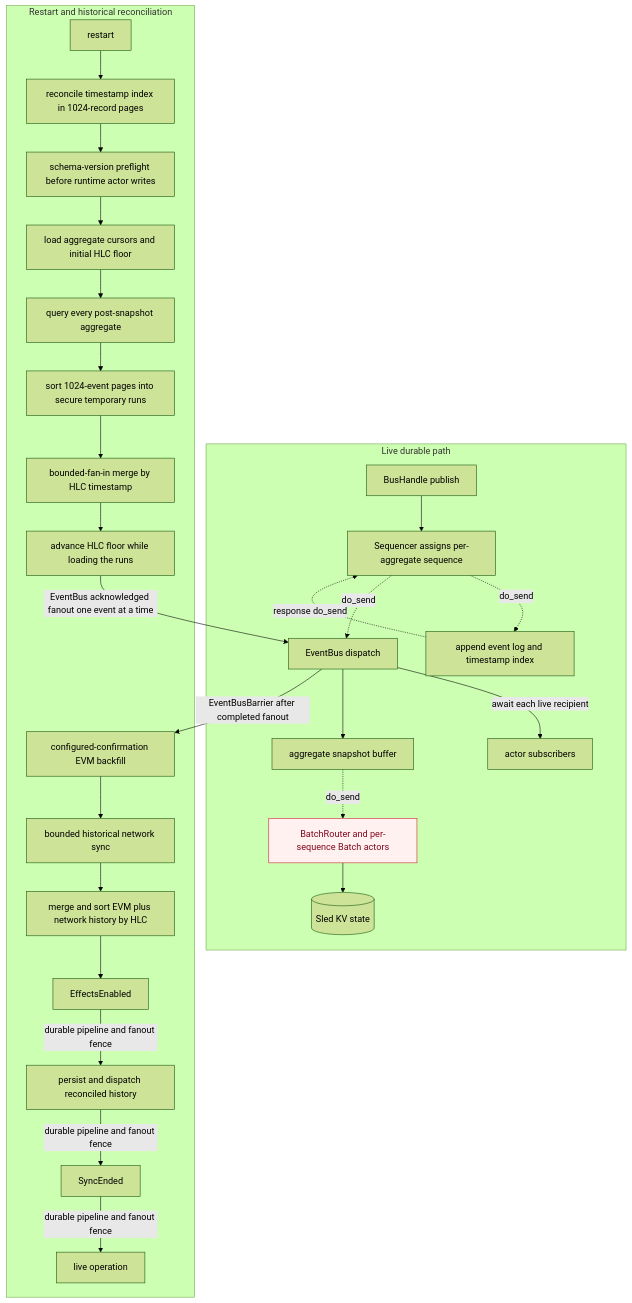
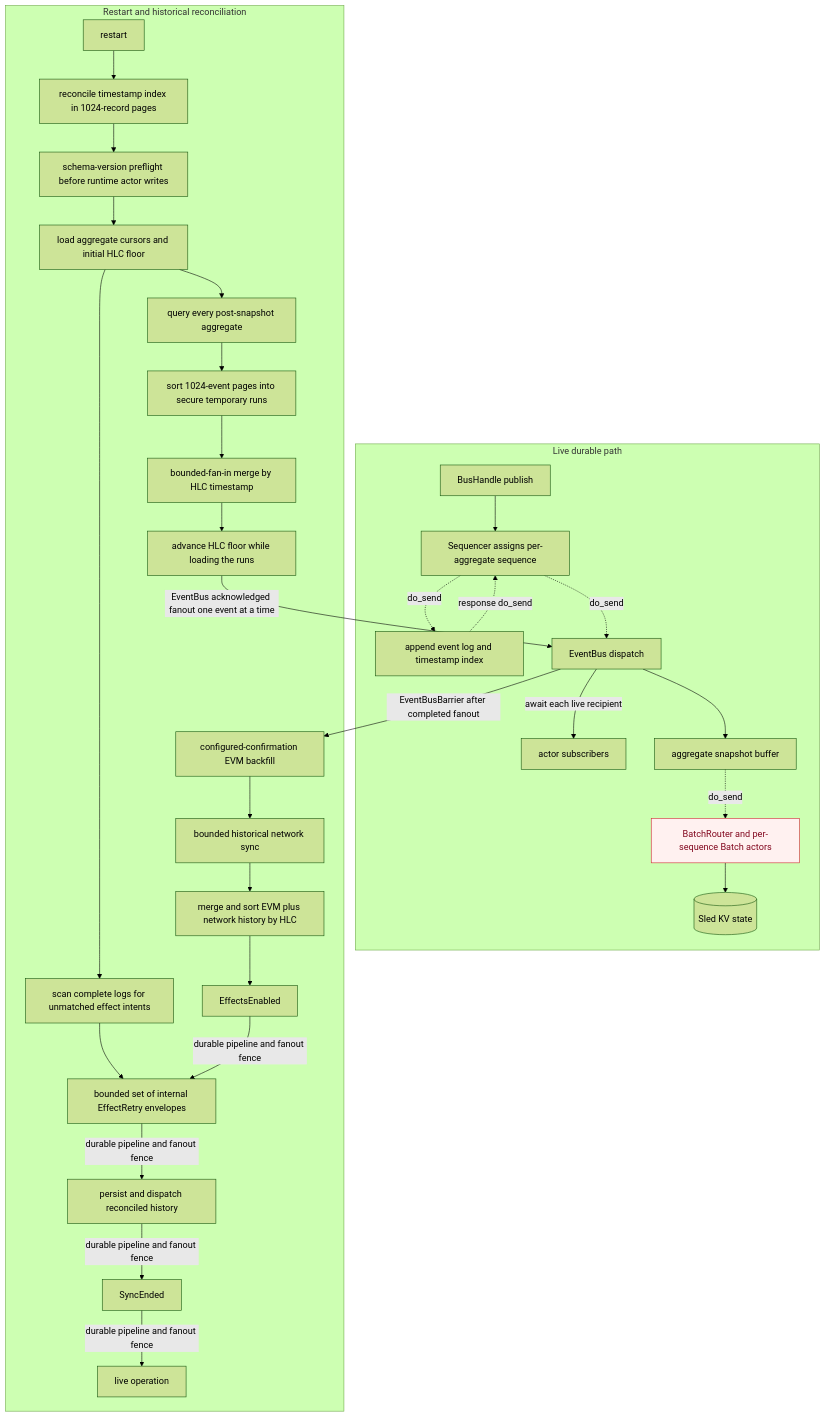
One commit to gnosisguild/interfold changed the fifth of 15 diagrams in agent/CRATES_ARCHITECTURE.md. Above: the diagram before and after it, drawn with Mermaid (forest theme). The commit also changed other lines of this file and 29 other files, not shown here.

````diff
--- a/agent/CRATES_ARCHITECTURE.md
+++ b/agent/CRATES_ARCHITECTURE.md
@@ -328,34 +328,37 @@
 ```mermaid
 flowchart TD
     subgraph LivePath[Live durable path]
         Publish[BusHandle publish] --> Sequencer[Sequencer assigns per-aggregate sequence]
         Sequencer -. do_send .-> EventStore[append event log and timestamp index]
         EventStore -. response do_send .-> Sequencer
         Sequencer -. do_send .-> Dispatch[EventBus dispatch]
         Dispatch -->|await each live recipient| Subscribers[actor subscribers]
         Dispatch --> SnapshotBuffer[aggregate snapshot buffer]
         SnapshotBuffer -. do_send .-> SnapshotRouter[BatchRouter and per-sequence Batch actors]
         SnapshotRouter --> Repositories[(Sled KV state)]
     end
 
     subgraph Recovery[Restart and historical reconciliation]
         Restart[restart] --> Index[reconcile timestamp index in 1024-record pages]
         Index --> Schema[schema-version preflight before runtime actor writes]
         Schema --> SnapshotMeta[load aggregate cursors and initial HLC floor]
+        SnapshotMeta --> OpenEffects[scan complete logs for unmatched effect intents]
         SnapshotMeta --> Query[query every post-snapshot aggregate]
         Query --> Runs[sort 1024-event pages into secure temporary runs]
         Runs --> GlobalOrder[bounded-fan-in merge by HLC timestamp]
         GlobalOrder --> ReplayFloor[advance HLC floor while loading the runs]
         ReplayFloor -->|EventBus acknowledged fanout one event at a time| Dispatch
         Dispatch -->|EventBusBarrier after completed fanout| EvmBackfill[configured-confirmation EVM backfill]
         EvmBackfill --> NetBackfill[bounded historical network sync]
         NetBackfill --> Merge[merge and sort EVM plus network history by HLC]
         Merge --> Enable[EffectsEnabled]
-        Enable -->|durable pipeline and fanout fence| PersistHistory[persist and dispatch reconciled history]
+        OpenEffects --> Retry[bounded set of internal EffectRetry envelopes]
+        Enable -->|durable pipeline and fanout fence| Retry
+        Retry -->|durable pipeline and fanout fence| PersistHistory[persist and dispatch reconciled history]
         PersistHistory -->|durable pipeline and fanout fence| End[SyncEnded]
         End -->|durable pipeline and fanout fence| Live[live operation]
     end
 
     classDef residual fill:#fff1f0,stroke:#cf222e,color:#82071e
     class SnapshotRouter residual
 ```
````
